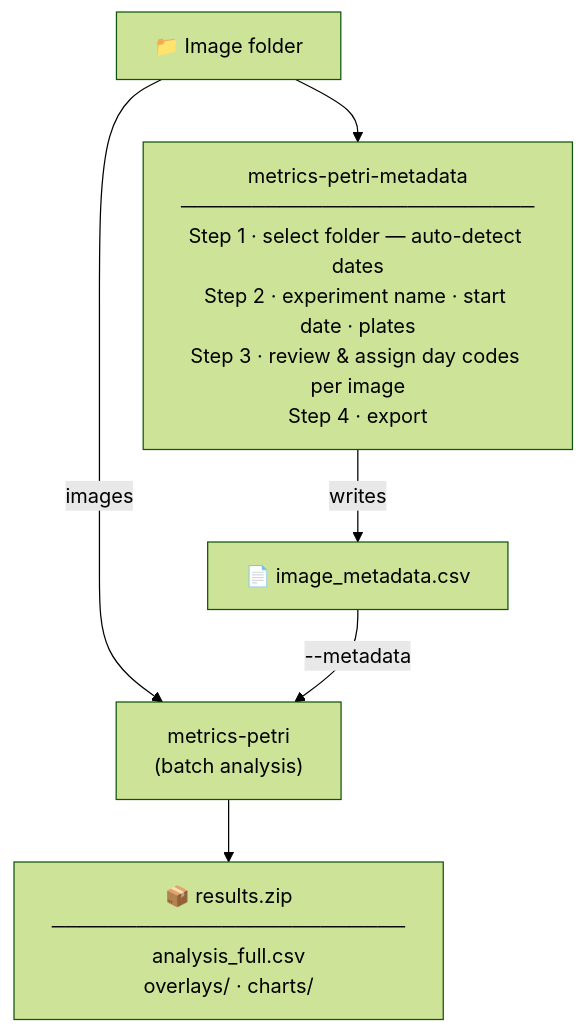
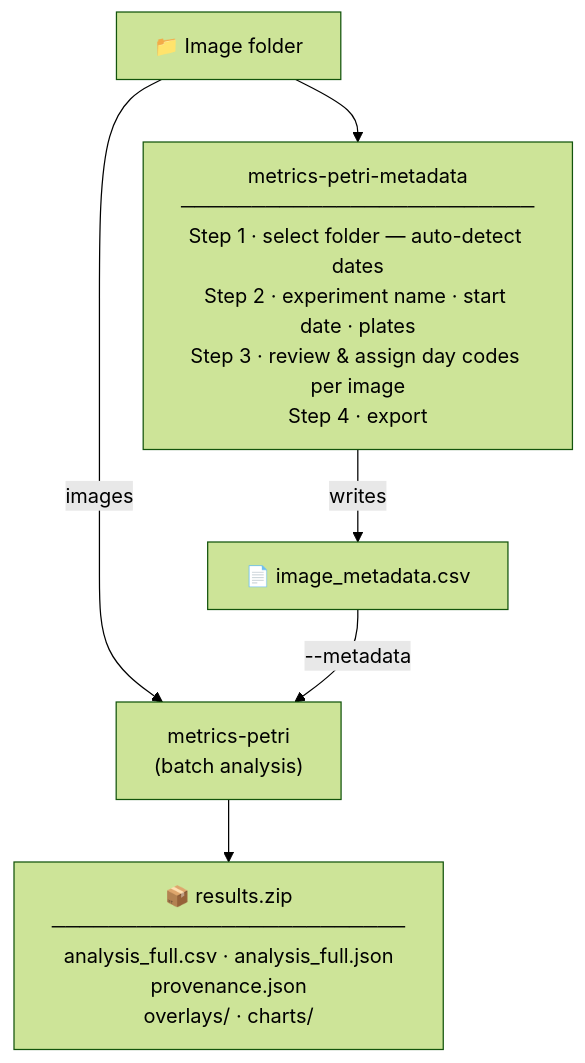
One commit to rotsl/metrics-petri changed the diagram in README.md. Above: the diagram before and after it, drawn with Mermaid (forest theme). The commit also changed other lines of this file and 54 other files, not shown here.

````diff
--- a/README.md
+++ b/README.md
@@ -16,13 +16,13 @@
 ```mermaid
 flowchart TD
     A["📁 Image folder"]
 
     A --> B["metrics-petri-metadata<br/>─────────────────────────<br/>Step 1 · select folder — auto-detect dates<br/>Step 2 · experiment name · start date · plates<br/>Step 3 · review &amp; assign day codes per image<br/>Step 4 · export"]
 
     B -->|"writes"| C["📄 image_metadata.csv"]
 
     A -->|"images"| D["metrics-petri<br/>(batch analysis)"]
     C -->|"--metadata"| D
 
-    D --> E["📦 results.zip<br/>─────────────────────────<br/>analysis_full.csv<br/>overlays/ · charts/"]
+    D --> E["📦 results.zip<br/>─────────────────────────<br/>analysis_full.csv · analysis_full.json<br/>provenance.json<br/>overlays/ · charts/"]
 ```
````
